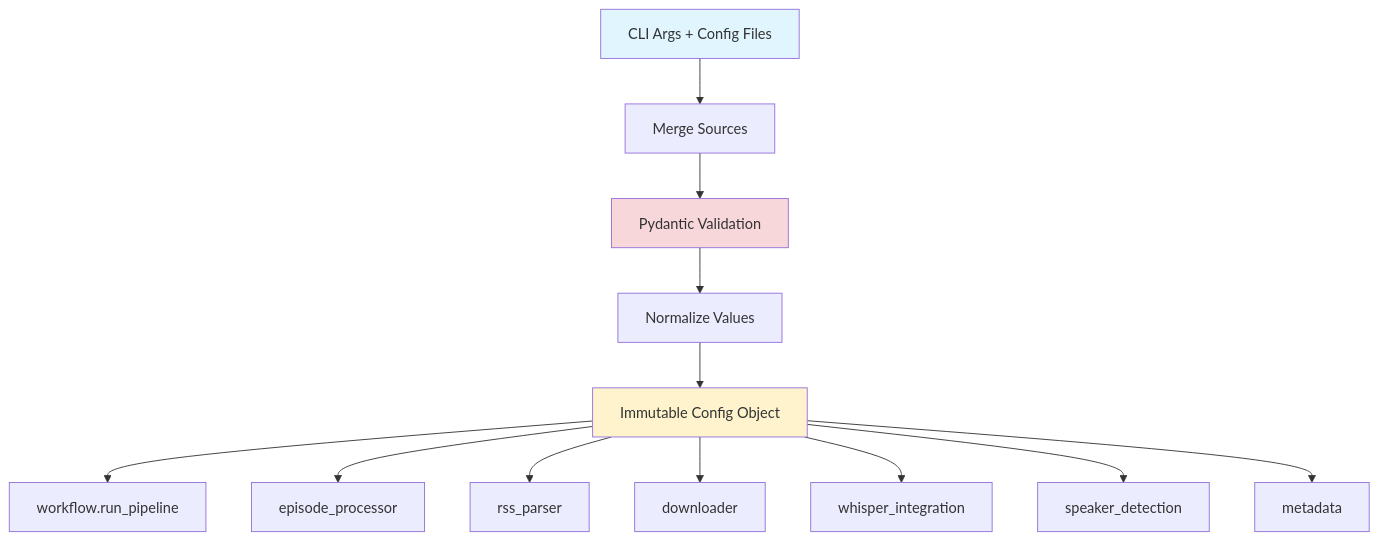
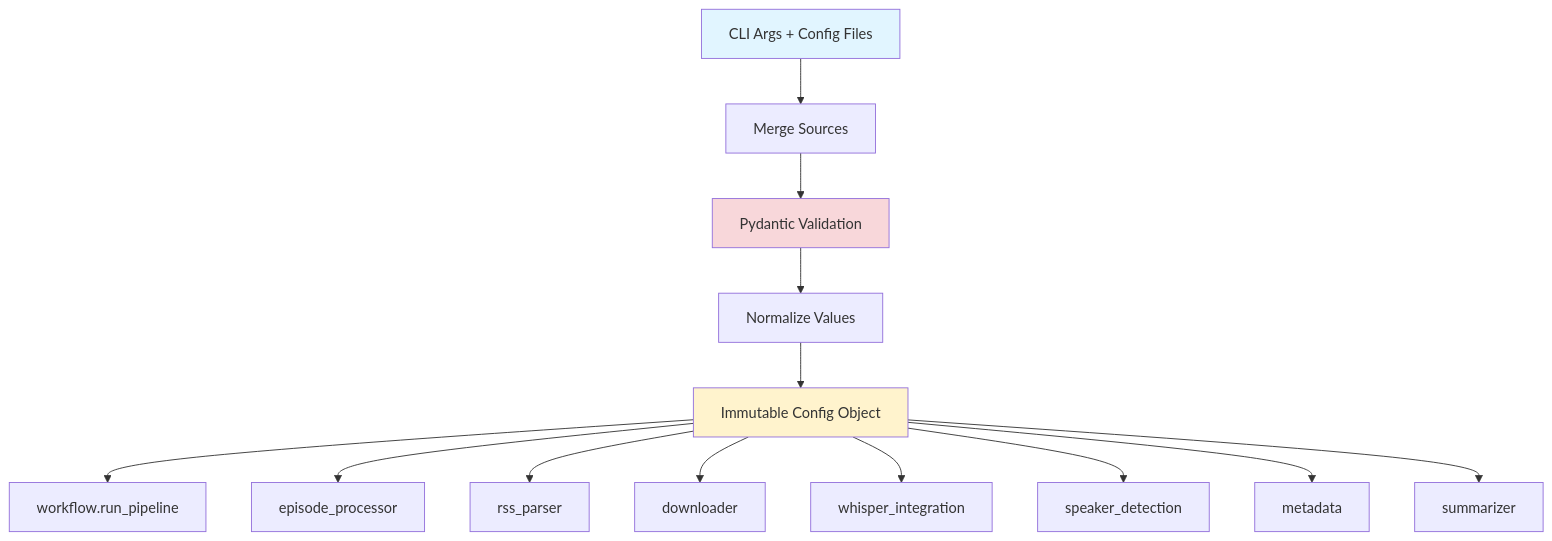
The fifth of 6 diagrams in docs/ARCHITECTURE.md (chipi/podcast_scraper), drawn with Mermaid before and after one commit. The commit also changed other lines of this file and 53 other files, not shown here.

````diff
--- a/docs/ARCHITECTURE.md
+++ b/docs/ARCHITECTURE.md
@@ -214,18 +231,19 @@
 ```mermaid
 flowchart TD
     Input[CLI Args + Config Files] --> Merge[Merge Sources]
     Merge --> Validate[Pydantic Validation]
     Validate --> Normalize[Normalize Values]
     Normalize --> Config[Immutable Config Object]
     Config --> Workflow[workflow.run_pipeline]
     Config --> EpisodeProc[episode_processor]
     Config --> RSSParser[rss_parser]
     Config --> Downloader[downloader]
     Config --> Whisper[whisper_integration]
     Config --> SpeakerDetect[speaker_detection]
     Config --> Metadata[metadata]
+    Config --> Summarizer[summarizer]
     
     style Input fill:#e1f5ff
     style Config fill:#fff3cd
     style Validate fill:#f8d7da
 ```
````
